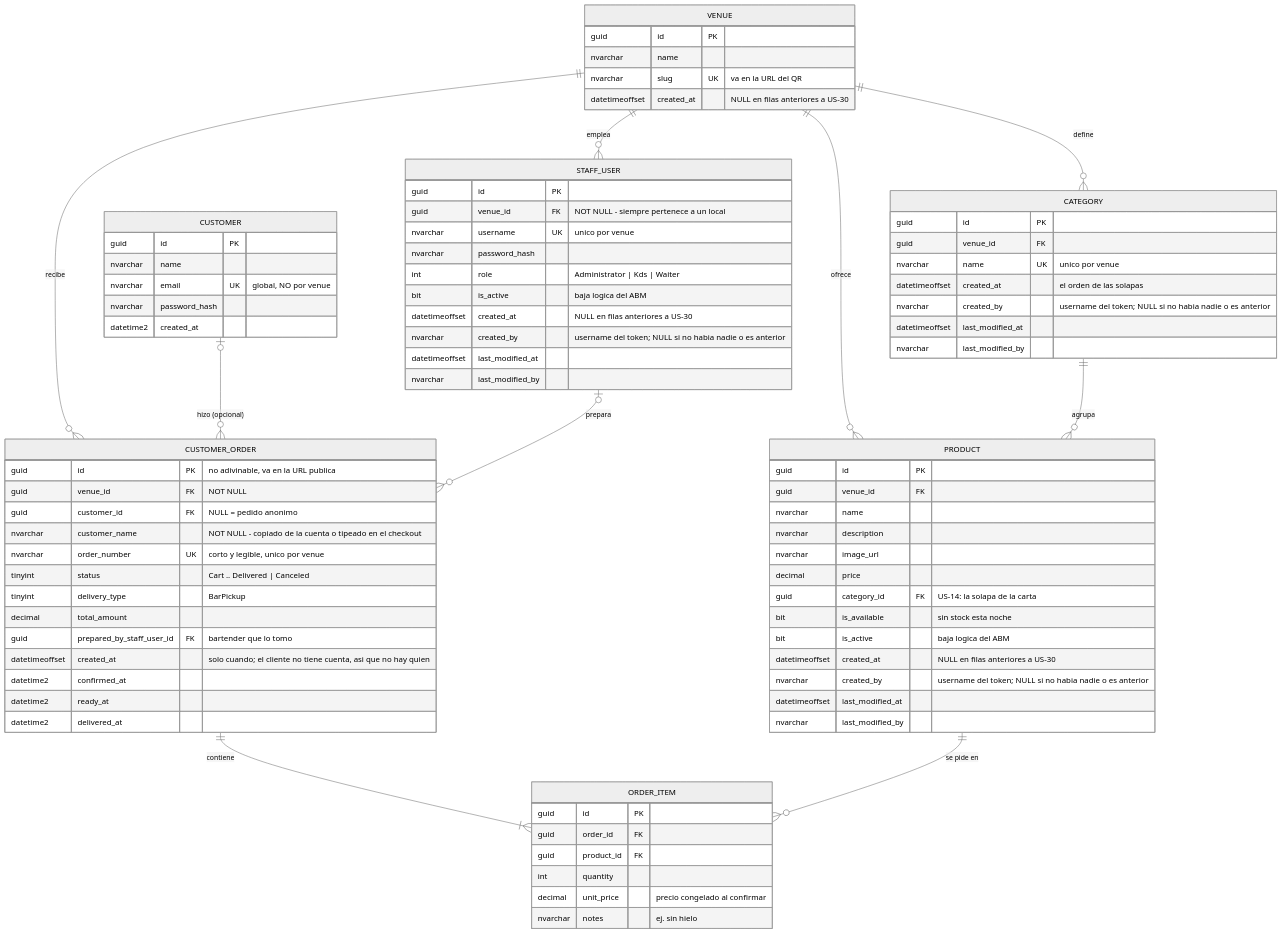
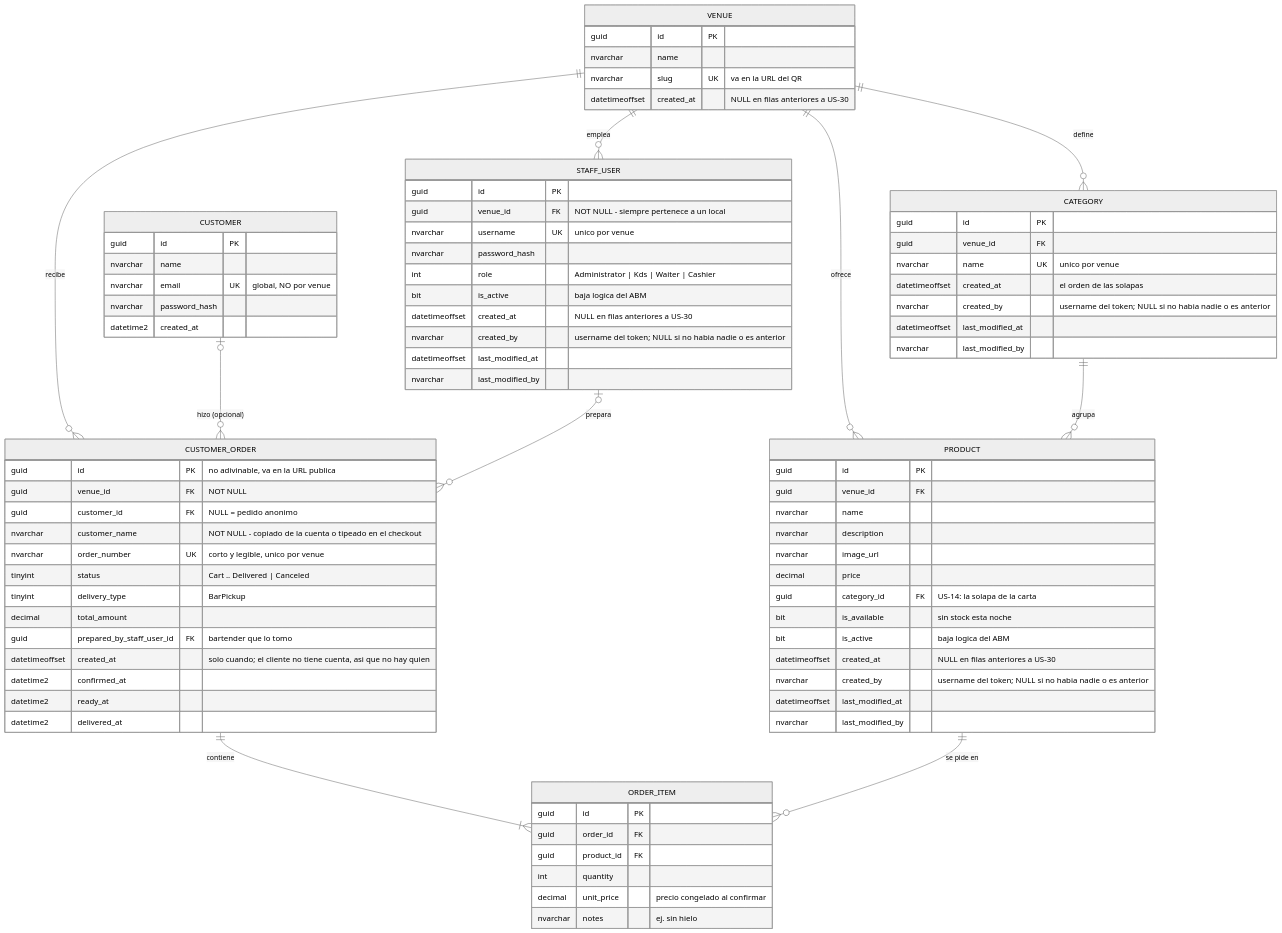
Before and after one commit to uca-argentina/pid-2026-littlehorse: the first of 2 diagrams in docs/modelo-de-datos.md, drawn with Mermaid (neutral theme). The commit also changed 98 other files, not shown here.

```diff
--- a/docs/modelo-de-datos.md
+++ b/docs/modelo-de-datos.md
@@ -29,7 +29,7 @@
         guid venue_id FK "NOT NULL - siempre pertenece a un local"
         nvarchar username UK "unico por venue"
         nvarchar password_hash
-        int role "Administrator | Kds | Waiter"
+        int role "Administrator | Kds | Waiter | Cashier"
         bit is_active "baja logica del ABM"
         datetimeoffset created_at "NULL en filas anteriores a US-30"
         nvarchar created_by "username del token; NULL si no habia nadie o es anterior"
```
